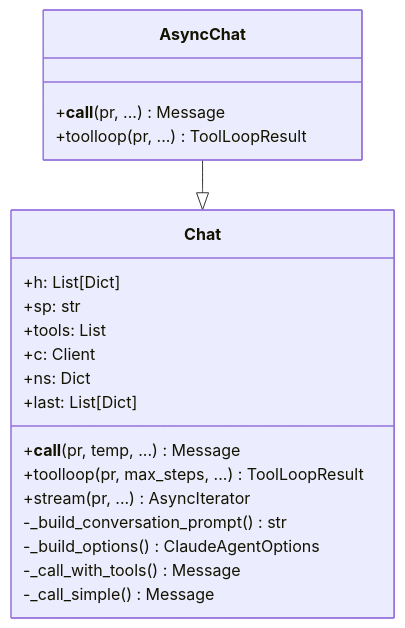
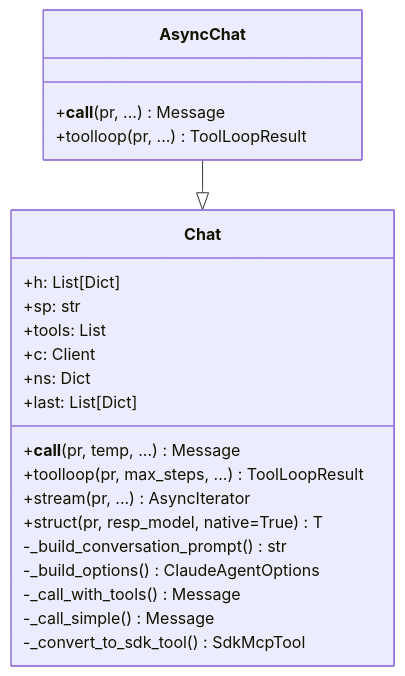
One commit to sgaseretto/claudette-agent changed the third of 17 diagrams in docs/how_it_works.md. Above: the diagram before and after it, drawn with Mermaid. The commit also changed other lines of this file and 8 other files, not shown here.

````diff
--- a/docs/how_it_works.md
+++ b/docs/how_it_works.md
@@ -78,25 +91,27 @@
 ```mermaid
 classDiagram
     class Chat {
         +h: List[Dict]
         +sp: str
         +tools: List
         +c: Client
         +ns: Dict
         +last: List[Dict]
         +__call__(pr, temp, ...) Message
         +toolloop(pr, max_steps, ...) ToolLoopResult
         +stream(pr, ...) AsyncIterator
+        +struct(pr, resp_model, native=True) T
         -_build_conversation_prompt() str
         -_build_options() ClaudeAgentOptions
         -_call_with_tools() Message
         -_call_simple() Message
+        -_convert_to_sdk_tool() SdkMcpTool
     }
 
     class AsyncChat {
         +__call__(pr, ...) Message
         +toolloop(pr, ...) ToolLoopResult
     }
 
     AsyncChat --|> Chat
 ```
````
